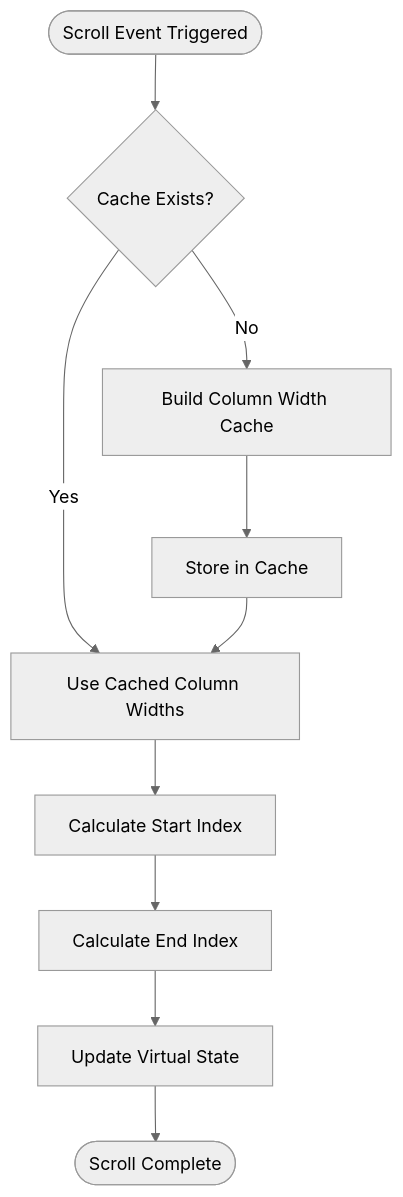
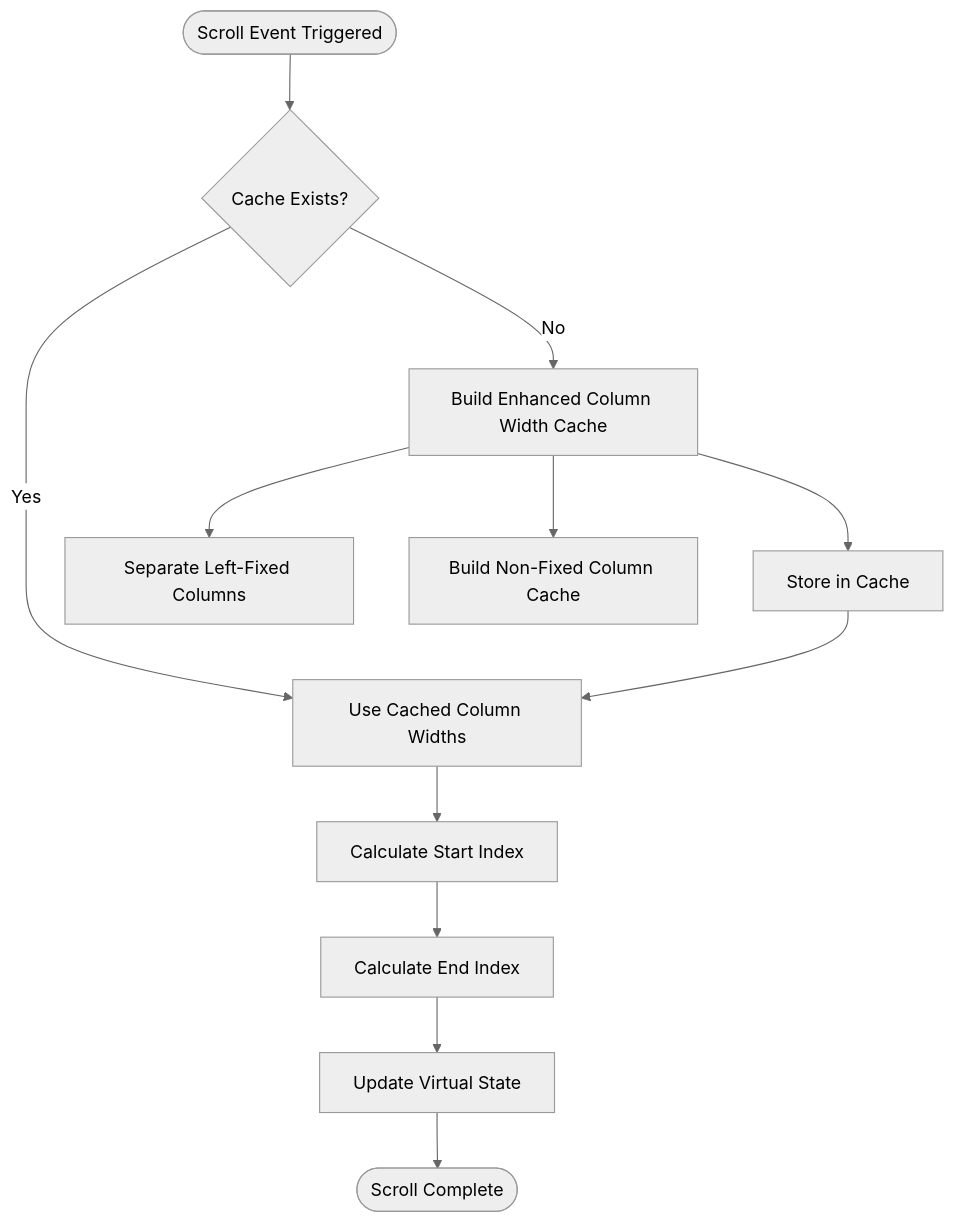
The third of 9 diagrams in .qoder/repowiki/en/content/Performance Optimization/Virtual Scrolling Performance Optimization.md (ja-plus/stk-table-vue), drawn with Mermaid (neutral theme) before and after one commit. The commit also changed other lines of this file and 6 other files, not shown here.

````diff
--- a/.qoder/repowiki/en/content/Performance Optimization/Virtual Scrolling Performance Optimization.md
+++ b/.qoder/repowiki/en/content/Performance Optimization/Virtual Scrolling Performance Optimization.md
@@ -170,12 +184,14 @@
 ```mermaid
 flowchart TD
 Start([Scroll Event Triggered]) --> CheckCache{Cache Exists?}
 CheckCache --> |Yes| UseCache[Use Cached Column Widths]
-CheckCache --> |No| BuildCache[Build Column Width Cache]
+CheckCache --> |No| BuildCache[Build Enhanced Column Width Cache]
+BuildCache --> SeparateLeftFixed[Separate Left-Fixed Columns]
+BuildCache --> BuildNonFixed[Build Non-Fixed Column Cache]
 BuildCache --> StoreCache[Store in Cache]
 StoreCache --> UseCache
 UseCache --> CalcStartIndex[Calculate Start Index]
 CalcStartIndex --> CalcEndIndex[Calculate End Index]
 CalcEndIndex --> UpdateState[Update Virtual State]
 UpdateState --> End([Scroll Complete])
 ```
````
